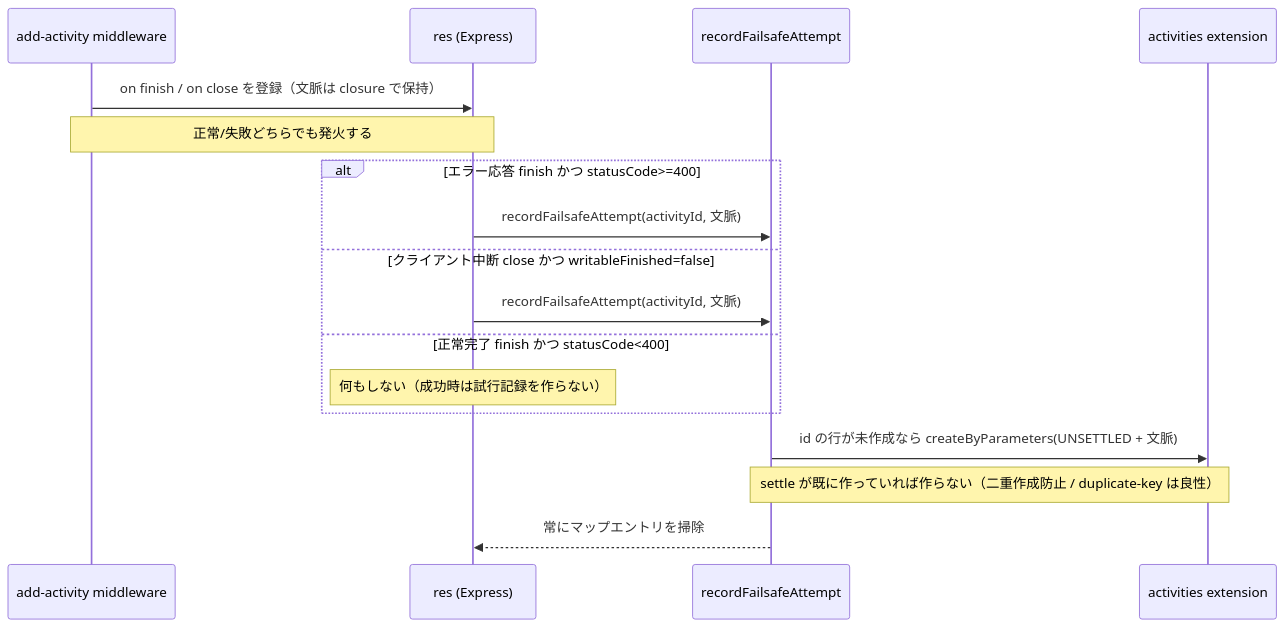
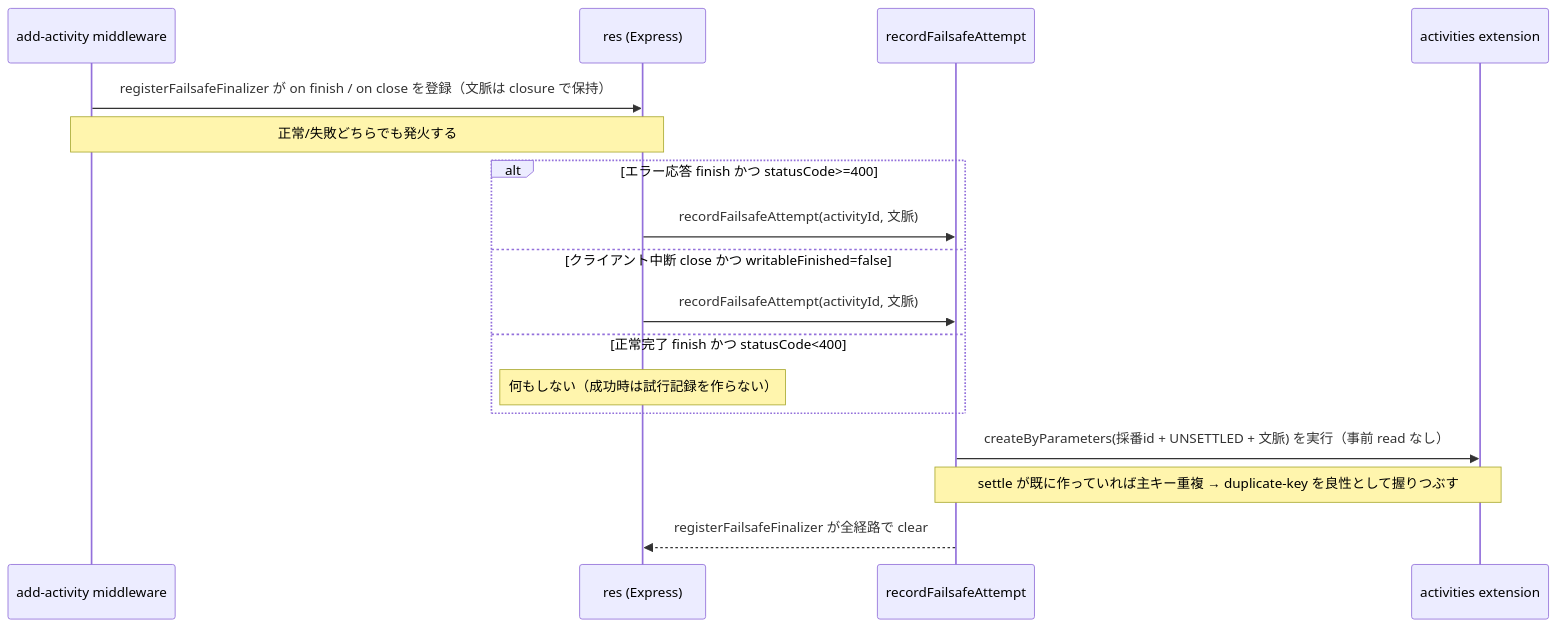
The third of 4 diagrams in .kiro/specs/activity-log/design.md (growilabs/growi), drawn with Mermaid before and after one commit. The commit also changed other lines of this file and 1 other file, not shown here.

````diff
--- a/.kiro/specs/activity-log/design.md
+++ b/.kiro/specs/activity-log/design.md
@@ -225,20 +228,20 @@
 ```mermaid
 sequenceDiagram
     participant MW as add-activity middleware
     participant Res as res (Express)
     participant RFA as recordFailsafeAttempt
     participant Ext as activities extension
 
-    MW->>Res: on finish / on close を登録（文脈は closure で保持）
+    MW->>Res: registerFailsafeFinalizer が on finish / on close を登録（文脈は closure で保持）
     Note over MW,Res: 正常/失敗どちらでも発火する
     alt エラー応答 finish かつ statusCode>=400
         Res->>RFA: recordFailsafeAttempt(activityId, 文脈)
     else クライアント中断 close かつ writableFinished=false
         Res->>RFA: recordFailsafeAttempt(activityId, 文脈)
     else 正常完了 finish かつ statusCode<400
         Note over Res: 何もしない（成功時は試行記録を作らない）
     end
-    RFA->>Ext: id の行が未作成なら createByParameters(UNSETTLED + 文脈)
-    Note over RFA,Ext: settle が既に作っていれば作らない（二重作成防止 / duplicate-key は良性）
-    RFA-->>Res: 常にマップエントリを掃除
+    RFA->>Ext: createByParameters(採番id + UNSETTLED + 文脈) を実行（事前 read なし）
+    Note over RFA,Ext: settle が既に作っていれば主キー重複 → duplicate-key を良性として握りつぶす
+    RFA-->>Res: registerFailsafeFinalizer が全経路で clear
 ```
````
